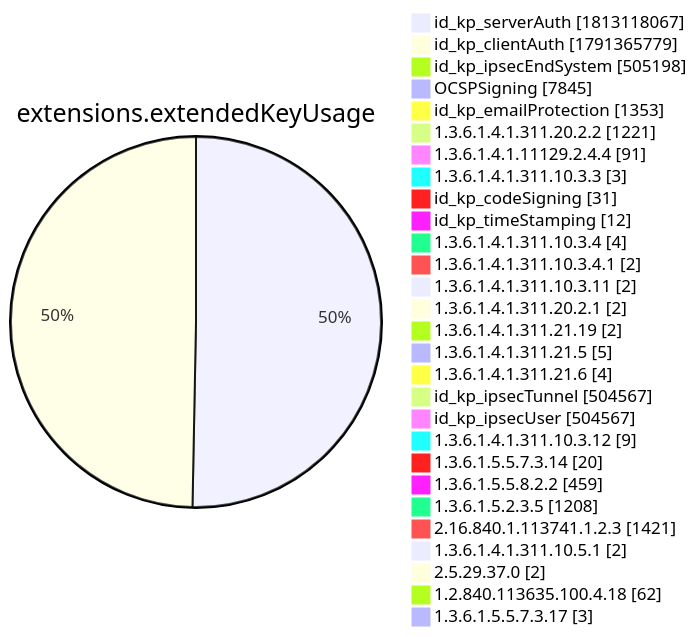
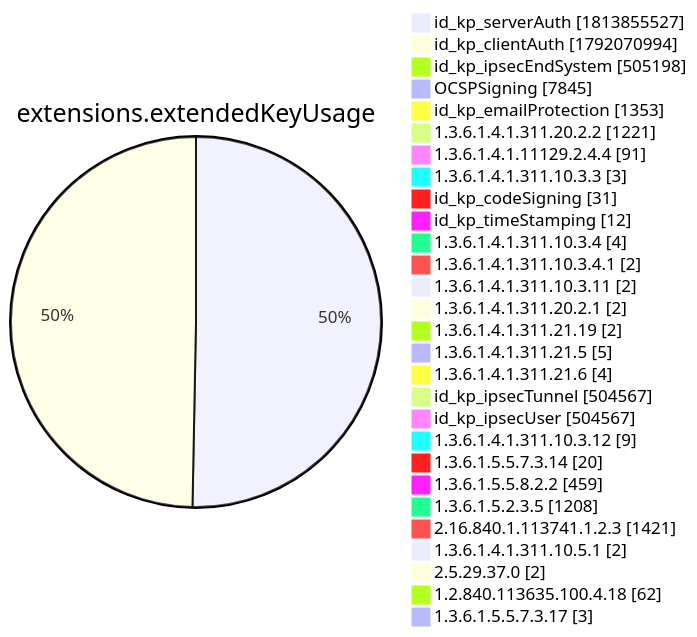
Before and after one commit to christiankrug/ctmonitor_visualization: diagram 12 of 15 in xenon2022/README.md, drawn with Mermaid. The commit also changed other lines of this file, not shown here.

````diff
--- a/xenon2022/README.md
+++ b/xenon2022/README.md
@@ -3895,32 +3895,32 @@
 ```mermaid
 pie showData
 title extensions.extendedKeyUsage
-"id_kp_serverAuth" :1813118067
-"id_kp_clientAuth" :1791365779
+"id_kp_serverAuth" :1813855527
+"id_kp_clientAuth" :1792070994
 "id_kp_ipsecEndSystem" :505198
 "OCSPSigning" :7845
 "id_kp_emailProtection" :1353
 "1.3.6.1.4.1.311.20.2.2" :1221
 "1.3.6.1.4.1.11129.2.4.4" :91
 "1.3.6.1.4.1.311.10.3.3" :3
 "id_kp_codeSigning" :31
 "id_kp_timeStamping" :12
 "1.3.6.1.4.1.311.10.3.4" :4
 "1.3.6.1.4.1.311.10.3.4.1" :2
 "1.3.6.1.4.1.311.10.3.11" :2
 "1.3.6.1.4.1.311.20.2.1" :2
 "1.3.6.1.4.1.311.21.19" :2
 "1.3.6.1.4.1.311.21.5" :5
 "1.3.6.1.4.1.311.21.6" :4
 "id_kp_ipsecTunnel" :504567
 "id_kp_ipsecUser" :504567
 "1.3.6.1.4.1.311.10.3.12" :9
 "1.3.6.1.5.5.7.3.14" :20
 "1.3.6.1.5.5.8.2.2" :459
 "1.3.6.1.5.2.3.5" :1208
 "2.16.840.1.113741.1.2.3" :1421
 "1.3.6.1.4.1.311.10.5.1" :2
 "2.5.29.37.0" :2
 "1.2.840.113635.100.4.18" :62
 "1.3.6.1.5.5.7.3.17" :3
 ```
````
